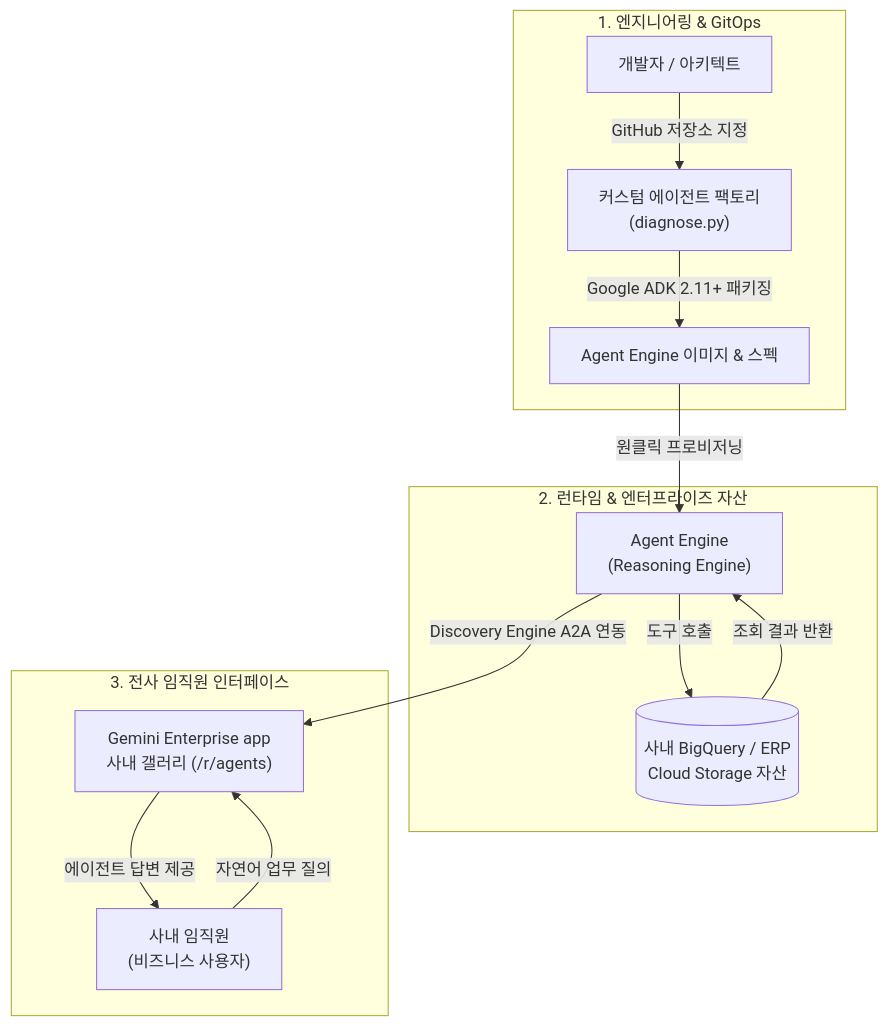
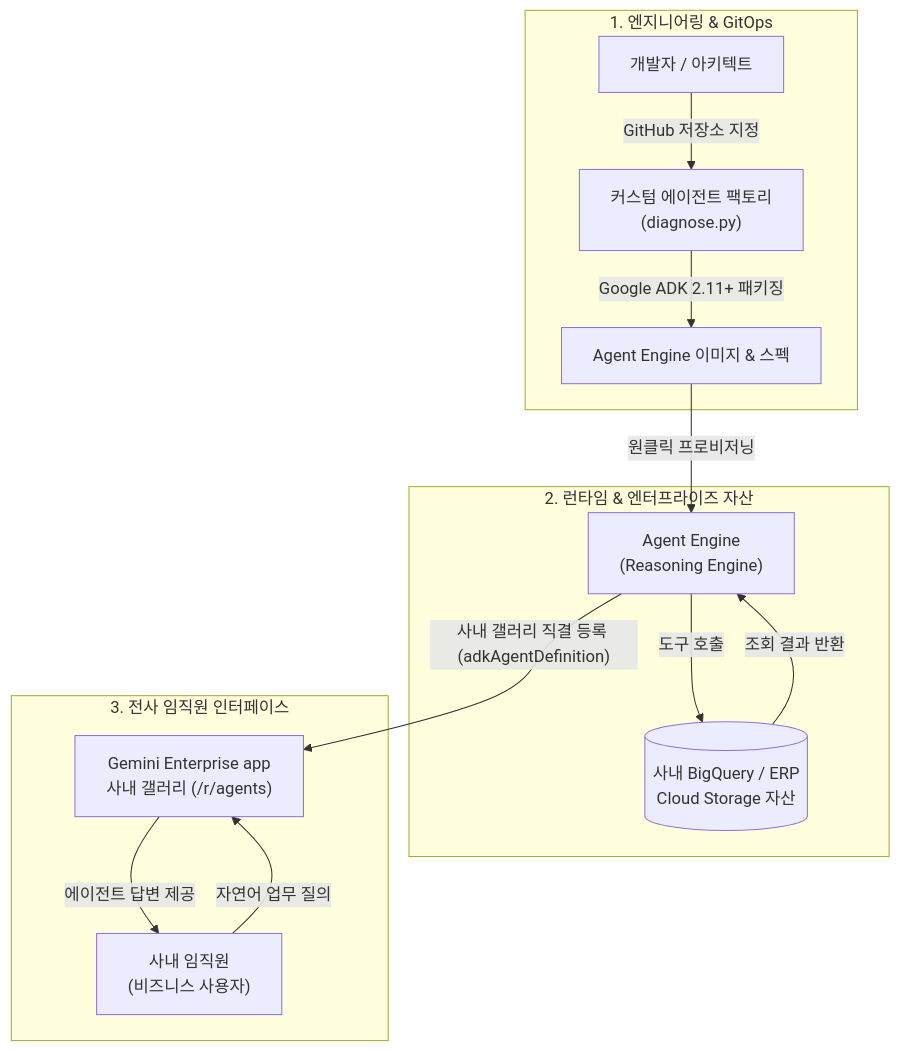
The diagram in samples/gemini-enterprise-copilot-custom/README.md (jiangjun-forge/google-cloud-0-to-1), drawn with Mermaid before and after one commit. The commit also changed 2 other files, not shown here.

Commit message:
Fix gallery diagram

````diff
--- a/samples/gemini-enterprise-copilot-custom/README.md
+++ b/samples/gemini-enterprise-copilot-custom/README.md
@@ -91,19 +91,19 @@
 ```mermaid
 flowchart TB
     subgraph Dev["1. 엔지니어링 & GitOps"]
         A["개발자 / 아키텍트"] -->|"GitHub 저장소 지정"| B["커스텀 에이전트 팩토리<br/>(diagnose.py)"]
         B -->|"Google ADK 2.11+ 패키징"| C["Agent Engine 이미지 & 스펙"]
     end
 
     subgraph Runtime["2. 런타임 & 엔터프라이즈 자산"]
         C -->|"원클릭 프로비저닝"| D["Agent Engine<br/>(Reasoning Engine)"]
         D -->|"도구 호출"| E[("사내 BigQuery / ERP<br/>Cloud Storage 자산")]
         E -->|"조회 결과 반환"| D
     end
 
     subgraph Portal["3. 전사 임직원 인터페이스"]
-        D -->|"Discovery Engine A2A 연동"| F["Gemini Enterprise app<br/>사내 갤러리 (/r/agents)"]
+        D -->|"사내 갤러리 직결 등록 (adkAgentDefinition)"| F["Gemini Enterprise app<br/>사내 갤러리 (/r/agents)"]
         G["사내 임직원<br/>(비즈니스 사용자)"] -->|"자연어 업무 질의"| F
         F -->|"에이전트 답변 제공"| G
     end
 ```
````
